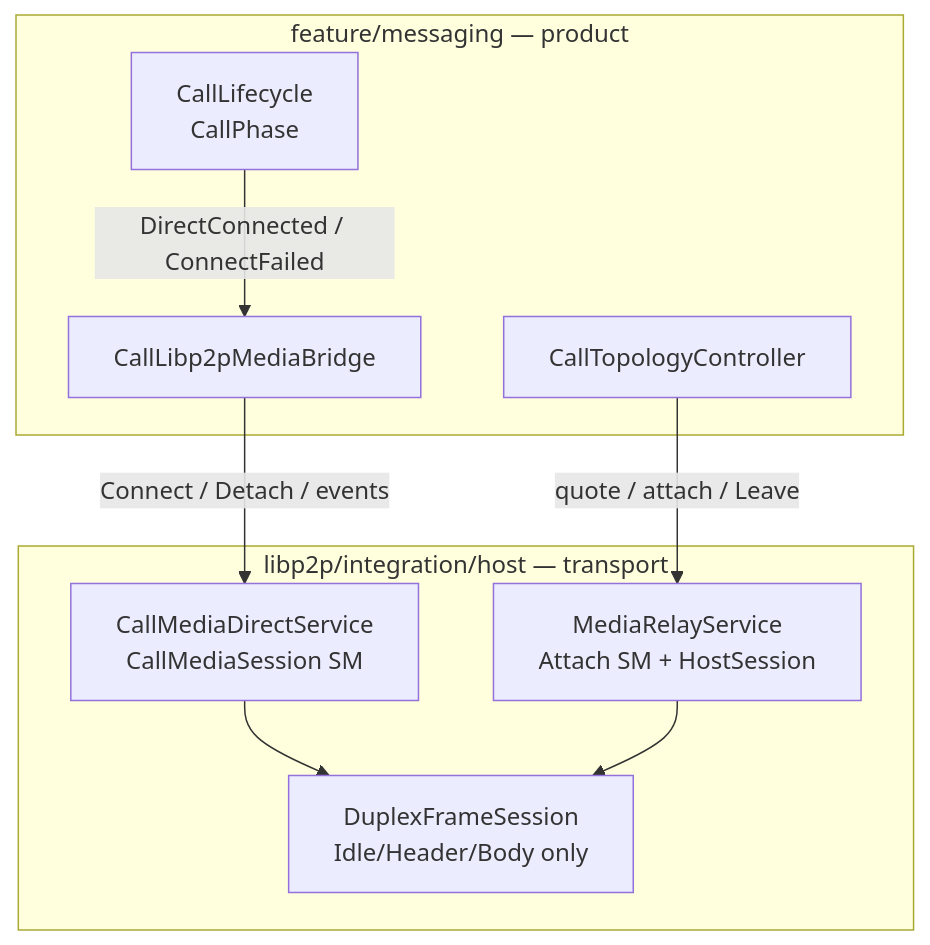
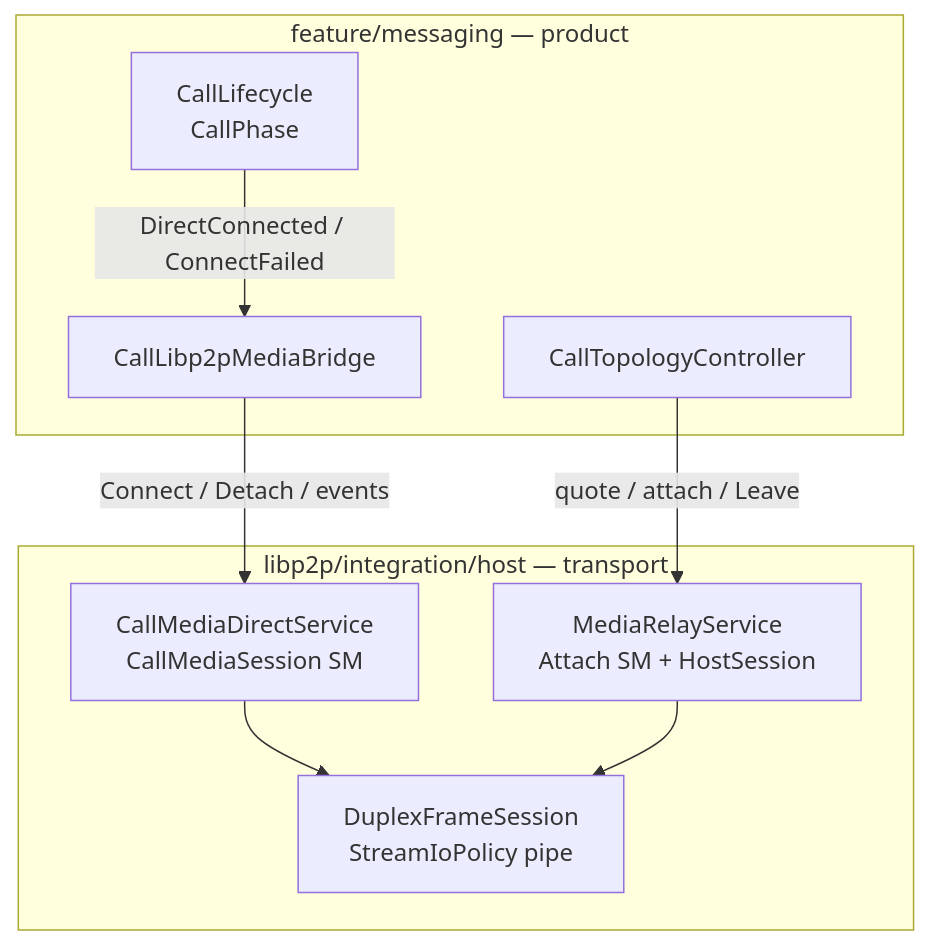
The first of 2 diagrams in projects/p2p-av-calls/SESSION_MACHINES.md (people-post/pp-browser), drawn with Mermaid before and after one commit. The commit also changed other lines of this file and 10 other files, not shown here.

First line of the commit message:
refactor: enhance stream handling and policy management in libp2p services

````diff
--- a/projects/p2p-av-calls/SESSION_MACHINES.md
+++ b/projects/p2p-av-calls/SESSION_MACHINES.md
@@ -49,18 +49,18 @@
 ```mermaid
 flowchart TB
   subgraph feature [feature/messaging — product]
     Life[CallLifecycle<br/>CallPhase]
     Bridge[CallLibp2pMediaBridge]
     Topo[CallTopologyController]
   end
   subgraph host [libp2p/integration/host — transport]
     CM[CallMediaDirectService<br/>CallMediaSession SM]
     MR[MediaRelayService<br/>Attach SM + HostSession]
-    Frame[DuplexFrameSession<br/>Idle/Header/Body only]
+    Frame[DuplexFrameSession<br/>StreamIoPolicy pipe]
   end
   Life -->|"DirectConnected / ConnectFailed"| Bridge
   Bridge -->|"Connect / Detach / events"| CM
   Topo -->|"quote / attach / Leave"| MR
   CM --> Frame
   MR --> Frame
 ```
````
